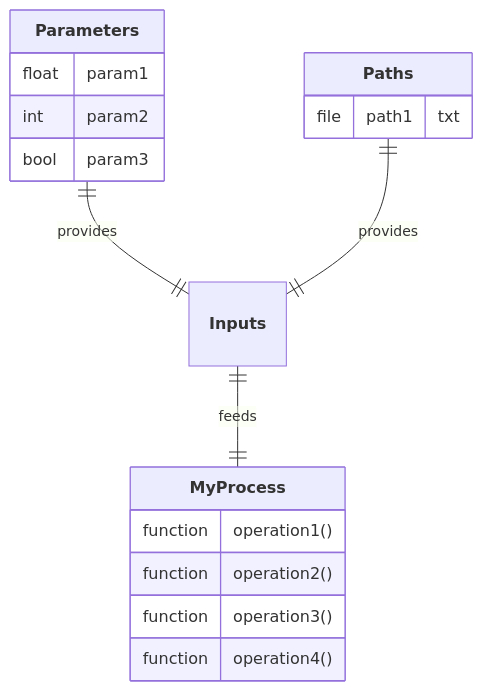
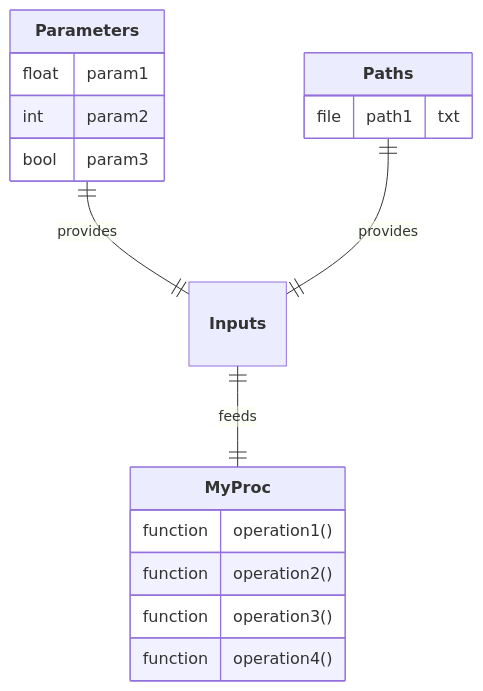
Before and after one commit to nuremics/nuremics: the second of 17 diagrams in README.md, drawn with Mermaid. The commit also changed other lines of this file, not shown here.

````diff
--- a/README.md
+++ b/README.md
@@ -98,21 +98,21 @@
 ```mermaid
 erDiagram
   **Parameters** ||--|| **Inputs** : provides
   **Paths** ||--|| **Inputs** : provides
-  **Inputs** ||--|| **MyProcess** : feeds
+  **Inputs** ||--|| **MyProc** : feeds
 
   **Parameters** {
     float param1
     int param2
     bool param3
   }
   **Paths** {
     file path1 "txt"
   }
-  **MyProcess** {
+  **MyProc** {
     function operation1()
     function operation2()
     function operation3()
     function operation4()
   }
 ```
````
